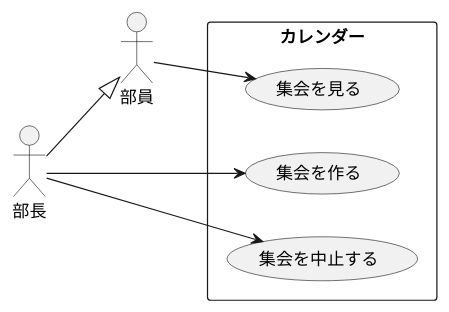
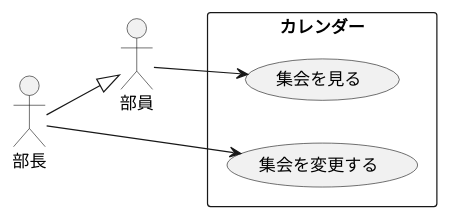
One commit to CombNITNC/club-calendar changed the diagram in uml/usecase.pu. Above: the diagram before and after it, drawn with PlantUML. The commit also changed 5 other files, not shown here.

Commit message:
Update diagrams

```diff
--- a/uml/usecase.pu
+++ b/uml/usecase.pu
@@ -1,16 +1,15 @@
-@startuml ユースケース
+@startuml usecase
 
 left to right direction
 
 actor 部員
 actor 部長
 
 部長 --|> 部員
 
 rectangle カレンダー {
   部員 --> (集会を見る)
-  部長 --> (集会を作る)
-  部長 --> (集会を中止する)
+  部長 --> (集会を変更する)
 }
 
 @enduml
```
